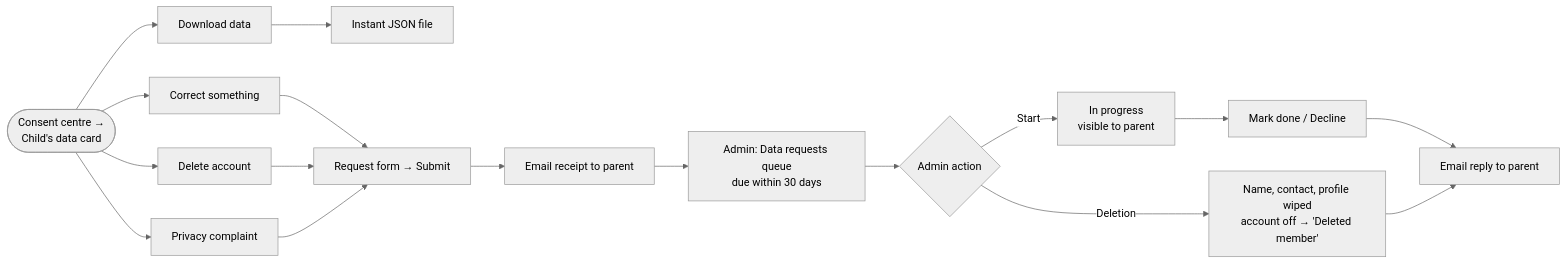
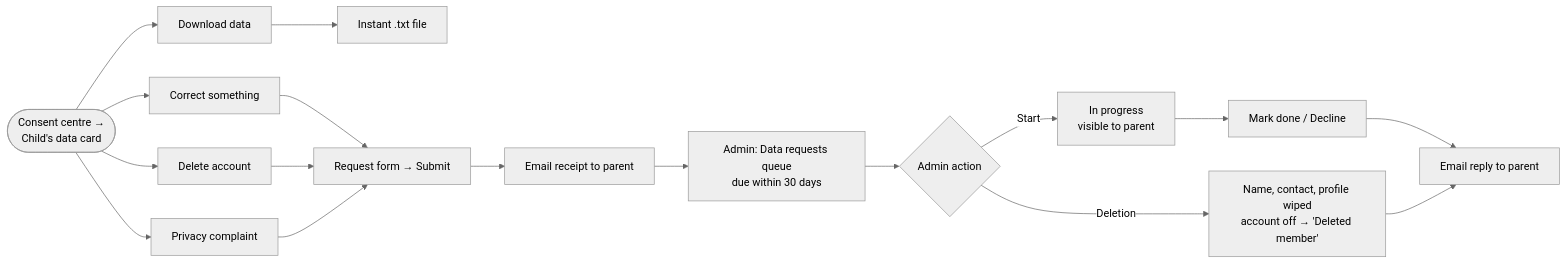
Before and after one commit to shubham-pawar-tc/vibgyor-alumni: the sixth of 12 diagrams in docs/PARENT-FLOW.md, drawn with Mermaid (neutral theme). The commit also changed other lines of this file and 5 other files, not shown here.

````diff
--- a/docs/PARENT-FLOW.md
+++ b/docs/PARENT-FLOW.md
@@ -179,16 +179,16 @@
 ```mermaid
 flowchart LR
     A([Consent centre →<br/>Child's data card]) --> B[Download data]
-    B --> B1[Instant JSON file]
+    B --> B1[Instant .txt file]
     A --> C[Correct something]
     A --> D[Delete account]
     A --> E[Privacy complaint]
     C & D & E --> F[Request form → Submit]
     F --> G[Email receipt to parent]
     G --> H[Admin: Data requests queue<br/>due within 30 days]
     H --> I{Admin action}
     I -- Start --> J[In progress<br/>visible to parent]
     J --> K[Mark done / Decline]
     I -- Deletion --> L[Name, contact, profile wiped<br/>account off → 'Deleted member']
     K & L --> M[Email reply to parent]
 ```
````
